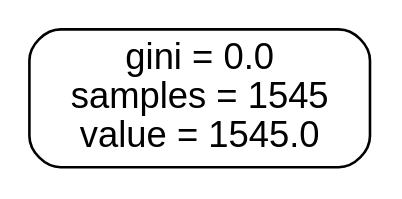
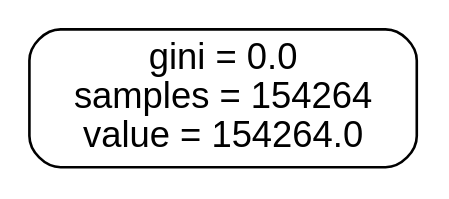
The diagram in Oracles/Oracle_0.3_40.dot (Steffanic/ML-Jet-BG-Subtraction), drawn with Graphviz before and after one commit. The commit also changed 282 other files, not shown here.

```diff
--- a/Oracles/Oracle_0.3_40.dot
+++ b/Oracles/Oracle_0.3_40.dot
@@ -1,5 +1,5 @@
 digraph Tree {
 node [shape=box, style="filled, rounded", color="black", fontname=helvetica] ;
 edge [fontname=helvetica] ;
-0 [label="gini = 0.0\nsamples = 1545\nvalue = 1545.0", fillcolor="#ffffff"] ;
+0 [label="gini = 0.0\nsamples = 154264\nvalue = 154264.0", fillcolor="#ffffff"] ;
 }
```
